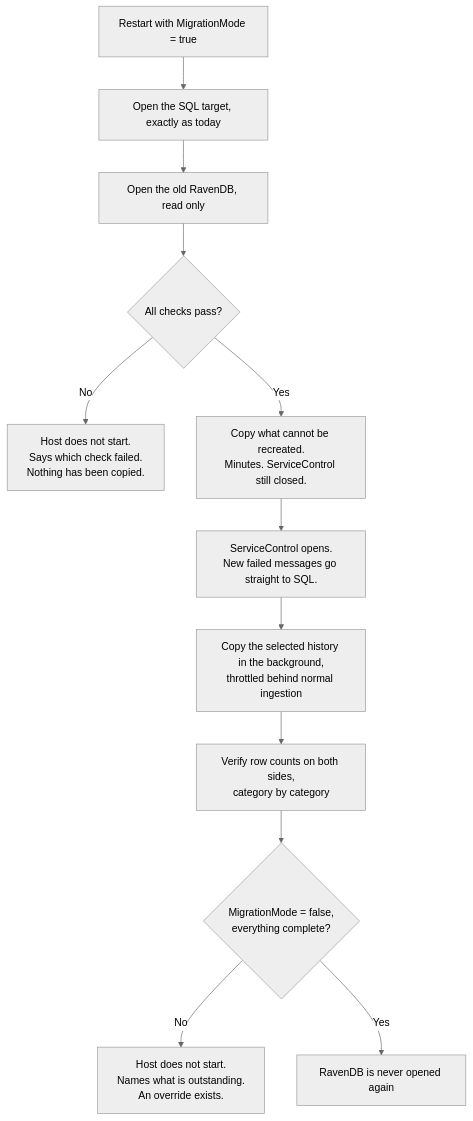
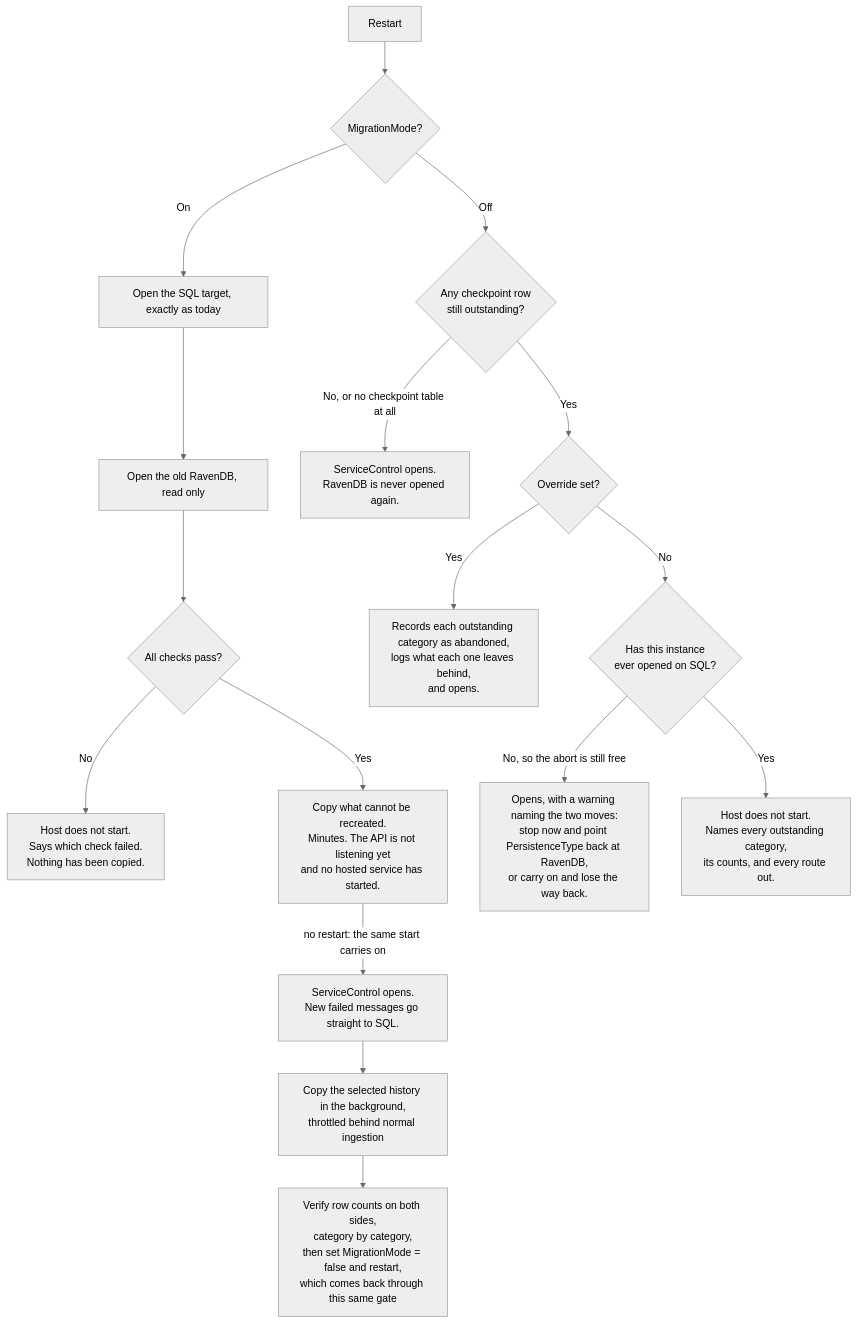
The second of 4 diagrams in docs/migration/ravendb-to-sql-migration-overview.md (Particular/ServiceControl), drawn with Mermaid (neutral theme) before and after one commit. The commit also changed other lines of this file and 3 other files, not shown here.

Commit message:
feat: Refactor migration checkpoint handling and add UpsertCheckpoint method

````diff
--- a/docs/migration/ravendb-to-sql-migration-overview.md
+++ b/docs/migration/ravendb-to-sql-migration-overview.md
@@ -123,14 +123,21 @@
 ```mermaid
 flowchart TB
-    A["Restart with MigrationMode = true"] --> B["Open the SQL target, exactly as today"]
+    A["Restart"] --> M{"MigrationMode?"}
+
+    M -->|"On"| B["Open the SQL target, exactly as today"]
     B --> C["Open the old RavenDB, read only"]
     C --> D{"All checks pass?"}
     D -->|"No"| E["Host does not start.<br/>Says which check failed.<br/>Nothing has been copied."]
-    D -->|"Yes"| F["Copy what cannot be recreated.<br/>Minutes. ServiceControl still closed."]
-    F --> G["ServiceControl opens.<br/>New failed messages go straight to SQL."]
+    D -->|"Yes"| F["Copy what cannot be recreated.<br/>Minutes. The API is not listening yet<br/>and no hosted service has started."]
+    F -->|"no restart: the same start carries on"| G["ServiceControl opens.<br/>New failed messages go straight to SQL."]
     G --> H["Copy the selected history in the background,<br/>throttled behind normal ingestion"]
-    H --> I["Verify row counts on both sides,<br/>category by category"]
-    I --> J{"MigrationMode = false,<br/>everything complete?"}
-    J -->|"No"| K["Host does not start.<br/>Names what is outstanding.<br/>An override exists."]
-    J -->|"Yes"| L["RavenDB is never opened again"]
+    H --> I["Verify row counts on both sides,<br/>category by category,<br/>then set MigrationMode = false and restart,<br/>which comes back through this same gate"]
+
+    M -->|"Off"| N{"Any checkpoint row<br/>still outstanding?"}
+    N -->|"No, or no checkpoint table at all"| L["ServiceControl opens.<br/>RavenDB is never opened again."]
+    N -->|"Yes"| O{"Override set?"}
+    O -->|"Yes"| P["Records each outstanding category as abandoned,<br/>logs what each one leaves behind,<br/>and opens."]
+    O -->|"No"| Q{"Has this instance<br/>ever opened on SQL?"}
+    Q -->|"No, so the abort is still free"| R["Opens, with a warning naming the two moves:<br/>stop now and point PersistenceType back at RavenDB,<br/>or carry on and lose the way back."]
+    Q -->|"Yes"| S["Host does not start.<br/>Names every outstanding category,<br/>its counts, and every route out."]
 ```
````
